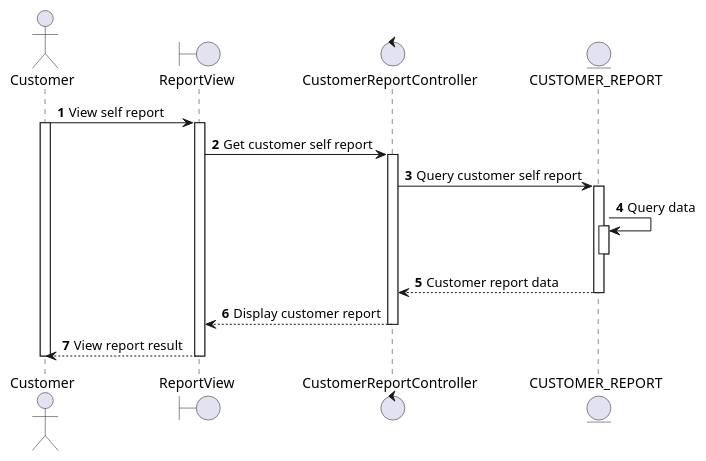
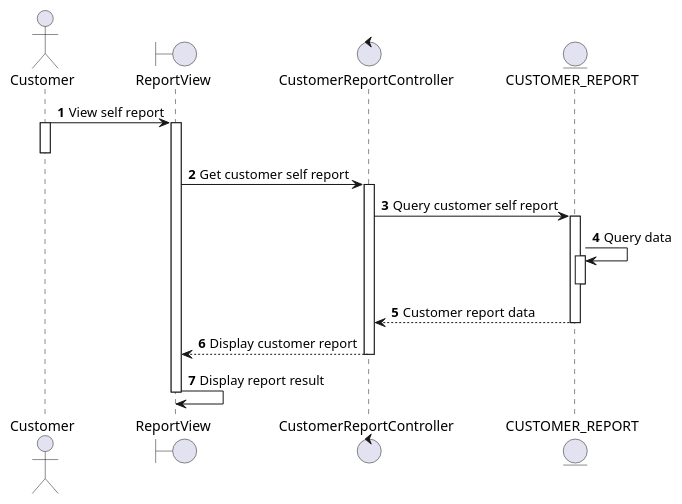
The diagram in docs/docs/sequence/view-customer-self-report/view-customer-self-report.md (electricilies/electricilies.github.io), drawn with PlantUML before and after one commit. The commit also changed 4 other files, not shown here.

````diff
--- a/docs/docs/sequence/view-customer-self-report/view-customer-self-report.md
+++ b/docs/docs/sequence/view-customer-self-report/view-customer-self-report.md
@@ -3,29 +3,29 @@
 ```plantuml
 @startuml
 autonumber
 
 actor Customer as C
 boundary ReportView as RV
 control CustomerReportController as CRC
 entity CUSTOMER_REPORT as CR
 
 C -> RV: View self report
 activate C
+deactivate C
 activate RV
 RV -> CRC: Get customer self report
 activate CRC
 CRC -> CR: Query customer self report
 activate CR
 CR -> CR: Query data
 activate CR
 deactivate CR
 CRC <-- CR: Customer report data
 deactivate CR
 RV <-- CRC: Display customer report
 deactivate CRC
-C <-- RV: View report result
+RV -> RV: Display report result
 deactivate RV
-deactivate C
 
 @enduml
 ```
````
